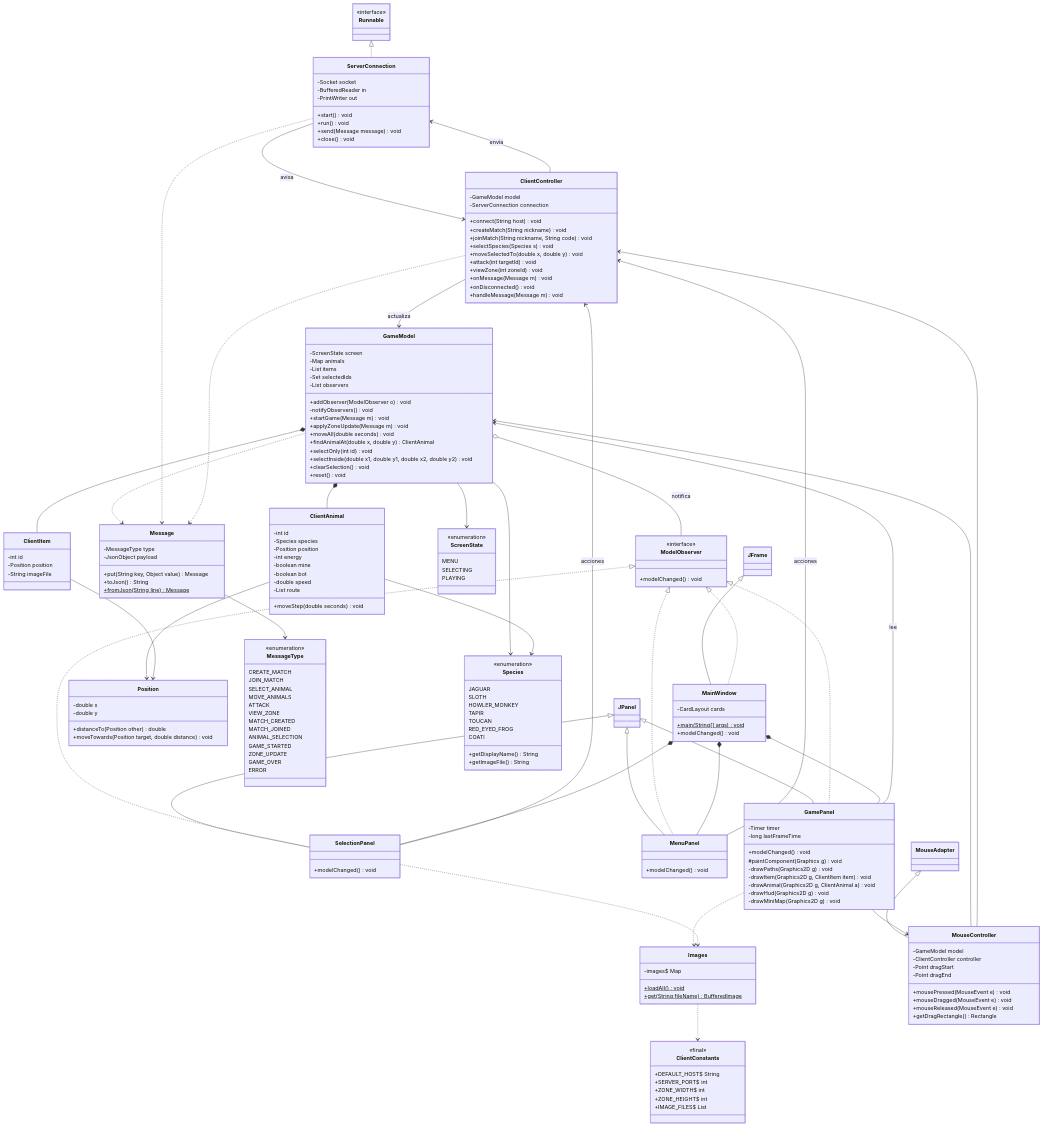
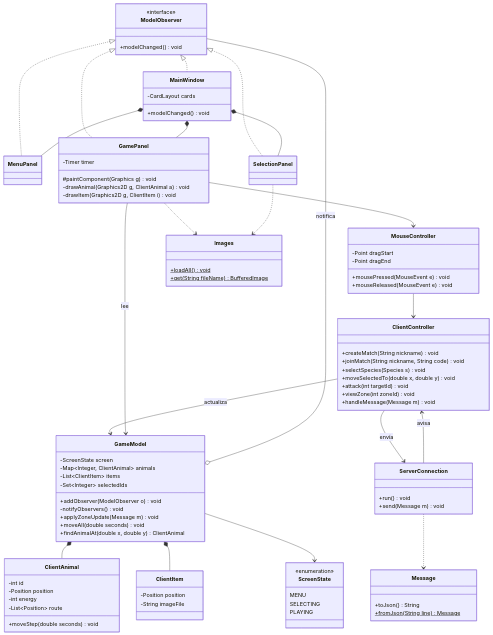
The diagram in README.md (elianmonterov14-netizen/Caso-2-), drawn with Mermaid before and after one commit.

Commit message:
README: usar el diagrama de clases del spec

```diff
--- a/README.md
+++ b/README.md
@@ -51,70 +51,31 @@
 classDiagram
     direction TB
 
-    class Runnable {
-        <<interface>>
-    }
-    class JFrame
-    class JPanel
-    class MouseAdapter
-
-    class ClientConstants {
-        <<final>>
-        +DEFAULT_HOST$ String
-        +SERVER_PORT$ int
-        +ZONE_WIDTH$ int
-        +ZONE_HEIGHT$ int
-        +IMAGE_FILES$ List
-    }
-    class Position {
-        -double x
-        -double y
-        +distanceTo(Position other) double
-        +moveTowards(Position target, double distance) void
-    }
-    class Images {
-        -images$ Map
-        +loadAll()$ void
-        +get(String fileName)$ BufferedImage
-    }
-
-    class MessageType {
-        <<enumeration>>
-        CREATE_MATCH
-        JOIN_MATCH
-        SELECT_ANIMAL
-        MOVE_ANIMALS
-        ATTACK
-        VIEW_ZONE
-        MATCH_CREATED
-        MATCH_JOINED
-        ANIMAL_SELECTION
-        GAME_STARTED
-        ZONE_UPDATE
-        GAME_OVER
-        ERROR
-    }
-    class Message {
-        -MessageType type
-        -JsonObject payload
-        +put(String key, Object value) Message
-        +toJson() String
-        +fromJson(String line)$ Message
-    }
-
-    class ServerConnection {
-        -Socket socket
-        -BufferedReader in
-        -PrintWriter out
-        +start() void
-        +run() void
-        +send(Message message) void
-        +close() void
-    }
-
     class ModelObserver {
         <<interface>>
         +modelChanged() void
+    }
+    class GameModel {
+        -ScreenState screen
+        -Map~Integer, ClientAnimal~ animals
+        -List~ClientItem~ items
+        -Set~Integer~ selectedIds
+        +addObserver(ModelObserver o) void
+        -notifyObservers() void
+        +applyZoneUpdate(Message m) void
+        +moveAll(double seconds) void
+        +findAnimalAt(double x, double y) ClientAnimal
+    }
+    class ClientAnimal {
+        -int id
+        -Position position
+        -int energy
+        -List~Position~ route
+        +moveStep(double seconds) void
+    }
+    class ClientItem {
+        -Position position
+        -String imageFile
     }
     class ScreenState {
         <<enumeration>>
@@ -122,106 +83,47 @@
         SELECTING
         PLAYING
     }
-    class Species {
-        <<enumeration>>
-        JAGUAR
-        SLOTH
-        HOWLER_MONKEY
-        TAPIR
-        TOUCAN
-        RED_EYED_FROG
-        COATI
-        +getDisplayName() String
-        +getImageFile() String
-    }
-    class ClientAnimal {
-        -int id
-        -Species species
-        -Position position
-        -int energy
-        -boolean mine
-        -boolean bot
-        -double speed
-        -List route
-        +moveStep(double seconds) void
-    }
-    class ClientItem {
-        -int id
-        -Position position
-        -String imageFile
-    }
-    class GameModel {
-        -ScreenState screen
-        -Map animals
-        -List items
-        -Set selectedIds
-        -List observers
-        +addObserver(ModelObserver o) void
-        -notifyObservers() void
-        +startGame(Message m) void
-        +applyZoneUpdate(Message m) void
-        +moveAll(double seconds) void
-        +findAnimalAt(double x, double y) ClientAnimal
-        +selectOnly(int id) void
-        +selectInside(double x1, double y1, double x2, double y2) void
-        +clearSelection() void
-        +reset() void
-    }
 
     class ClientController {
-        -GameModel model
-        -ServerConnection connection
-        +connect(String host) void
         +createMatch(String nickname) void
         +joinMatch(String nickname, String code) void
         +selectSpecies(Species s) void
         +moveSelectedTo(double x, double y) void
         +attack(int targetId) void
         +viewZone(int zoneId) void
-        +onMessage(Message m) void
-        +onDisconnected() void
         +handleMessage(Message m) void
     }
     class MouseController {
-        -GameModel model
-        -ClientController controller
         -Point dragStart
         -Point dragEnd
         +mousePressed(MouseEvent e) void
-        +mouseDragged(MouseEvent e) void
         +mouseReleased(MouseEvent e) void
-        +getDragRectangle() Rectangle
+    }
+    class ServerConnection {
+        +run() void
+        +send(Message m) void
     }
 
     class MainWindow {
         -CardLayout cards
-        +main(String[] args)$ void
         +modelChanged() void
     }
-    class MenuPanel {
-        +modelChanged() void
-    }
-    class SelectionPanel {
-        +modelChanged() void
-    }
+    class MenuPanel
+    class SelectionPanel
     class GamePanel {
         -Timer timer
-        -long lastFrameTime
-        +modelChanged() void
         #paintComponent(Graphics g) void
-        -drawPaths(Graphics2D g) void
-        -drawItem(Graphics2D g, ClientItem item) void
         -drawAnimal(Graphics2D g, ClientAnimal a) void
-        -drawHud(Graphics2D g) void
-        -drawMiniMap(Graphics2D g) void
+        -drawItem(Graphics2D g, ClientItem i) void
     }
-
-    JFrame <|-- MainWindow
-    JPanel <|-- MenuPanel
-    JPanel <|-- SelectionPanel
-    JPanel <|-- GamePanel
-    MouseAdapter <|-- MouseController
-    Runnable <|.. ServerConnection
+    class Images {
+        +loadAll()$ void
+        +get(String fileName)$ BufferedImage
+    }
+    class Message {
+        +toJson() String
+        +fromJson(String line)$ Message
+    }
 
     ModelObserver <|.. MainWindow
     ModelObserver <|.. MenuPanel
@@ -232,28 +134,16 @@
     GameModel *-- ClientAnimal
     GameModel *-- ClientItem
     GameModel --> ScreenState
-    GameModel --> Species
-    ClientAnimal --> Species
-    ClientAnimal --> Position
-    ClientItem --> Position
-    GameModel ..> Message
 
-    Message --> MessageType
-    ServerConnection ..> Message
-    ClientController ..> Message
     ClientController --> GameModel : actualiza
     ClientController --> ServerConnection : envía
     ServerConnection --> ClientController : avisa
-
-    MouseController --> GameModel
+    ServerConnection ..> Message
     MouseController --> ClientController
     GamePanel --> MouseController
     GamePanel --> GameModel : lee
     GamePanel ..> Images
     SelectionPanel ..> Images
-    Images ..> ClientConstants
-    MenuPanel --> ClientController : acciones
-    SelectionPanel --> ClientController : acciones
     MainWindow *-- MenuPanel
     MainWindow *-- SelectionPanel
     MainWindow *-- GamePanel
```
